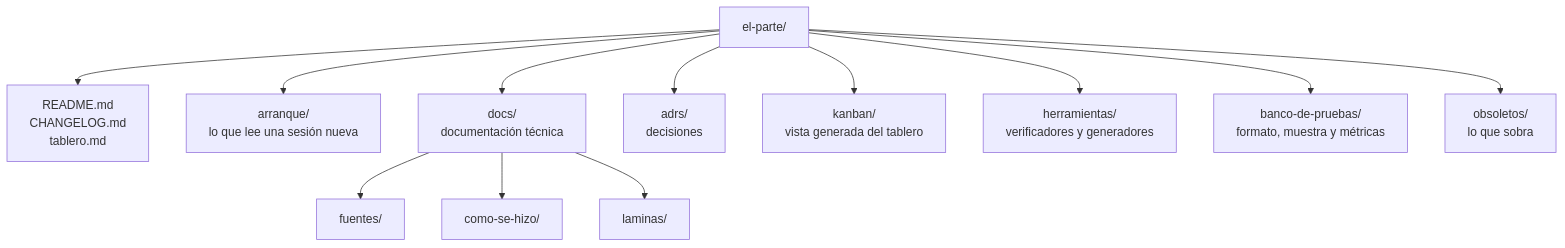
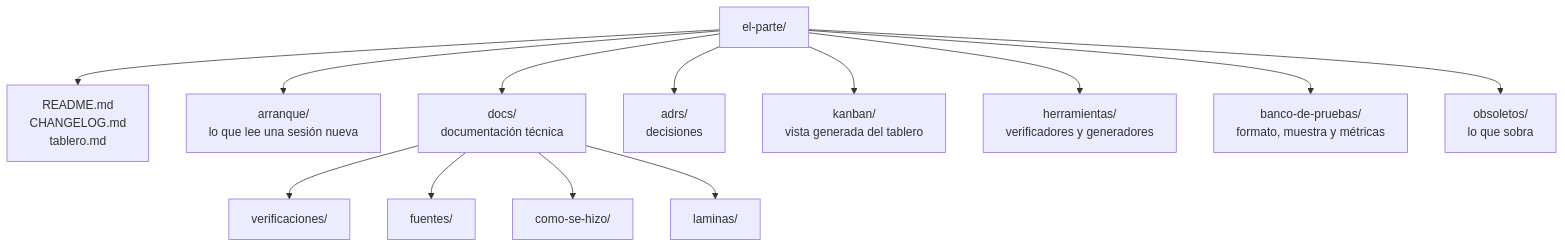
The diagram in arranque/mapa.md (andresdiegolanda/el-parte), drawn with Mermaid before and after one commit. The commit also changed other lines of this file and 7 other files, not shown here.

````diff
--- a/arranque/mapa.md
+++ b/arranque/mapa.md
@@ -5,14 +5,15 @@
 ```mermaid
 flowchart TD
     R[el-parte/] --> RM[README.md<br/>CHANGELOG.md<br/>tablero.md]
     R --> AR[arranque/<br/>lo que lee una sesión nueva]
     R --> DO[docs/<br/>documentación técnica]
     R --> AD[adrs/<br/>decisiones]
     R --> KA[kanban/<br/>vista generada del tablero]
     R --> HE[herramientas/<br/>verificadores y generadores]
     R --> BP[banco-de-pruebas/<br/>formato, muestra y métricas]
     R --> OB[obsoletos/<br/>lo que sobra]
+    DO --> DV[verificaciones/]
     DO --> DF[fuentes/]
     DO --> DC[como-se-hizo/]
     DO --> DL[laminas/]
 ```
````
